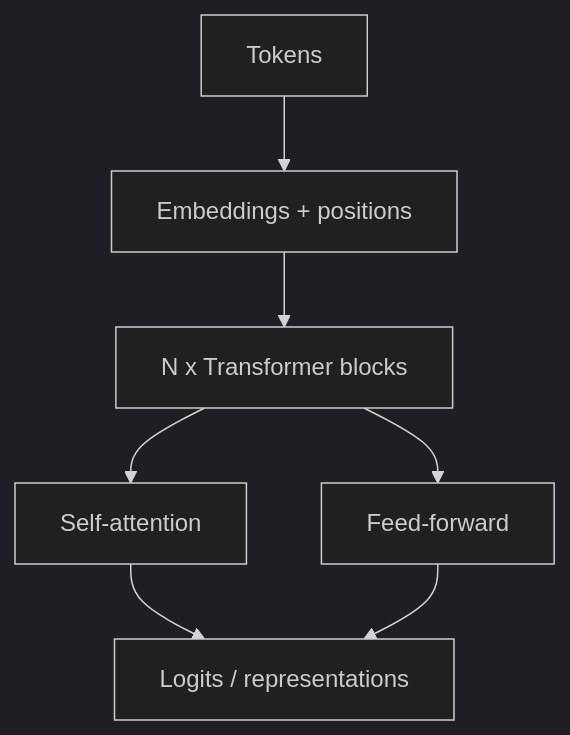
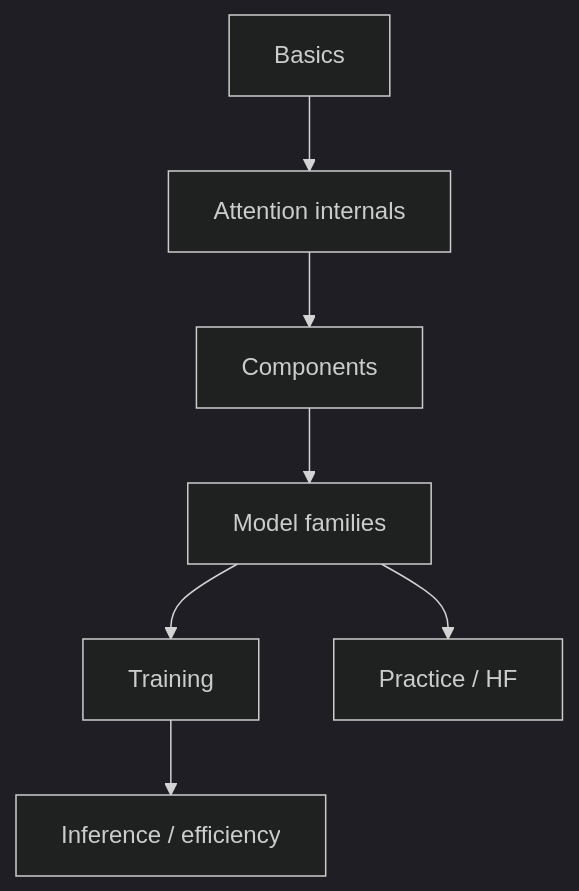
The diagram in domains/transformers/README.md (abdulsamad183/ai-engineering-playbook), drawn with Mermaid (dark theme) before and after one commit. The commit also changed other lines of this file and 117 other files, not shown here.

````diff
--- a/domains/transformers/README.md
+++ b/domains/transformers/README.md
@@ -18,9 +24,9 @@
 ```mermaid
 flowchart TB
-  Tok[Tokens] --> Emb[Embeddings + positions]
-  Emb --> Blocks[N x Transformer blocks]
-  Blocks --> Att[Self-attention]
-  Blocks --> FFN[Feed-forward]
-  Att --> Out[Logits / representations]
-  FFN --> Out
+  B[Basics] --> A[Attention internals]
+  A --> C[Components]
+  C --> F[Model families]
+  F --> Train[Training]
+  Train --> Inf[Inference / efficiency]
+  F --> Prac[Practice / HF]
 ```
````
